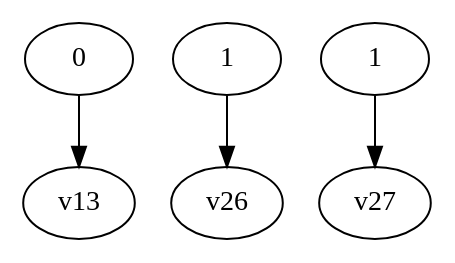
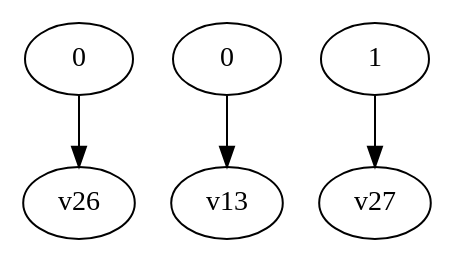
The diagram in dot_files/testEvaluate.dot (yadej/graph_project), drawn with Graphviz before and after one commit. The commit also changed 3 other files, not shown here.

```diff
--- a/dot_files/testEvaluate.dot
+++ b/dot_files/testEvaluate.dot
@@ -1,8 +1,8 @@
 digraph G { 
-v52 [label="0"]; 
+v50 [label="0"]; 
+v53 [label="0"]; 
 v58 [label="1"]; 
-v59 [label="1"]; 
-v52 -> v13;
-v58 -> v26;
-v59 -> v27;
+v50 -> v26;
+v53 -> v13;
+v58 -> v27;
 }
```
